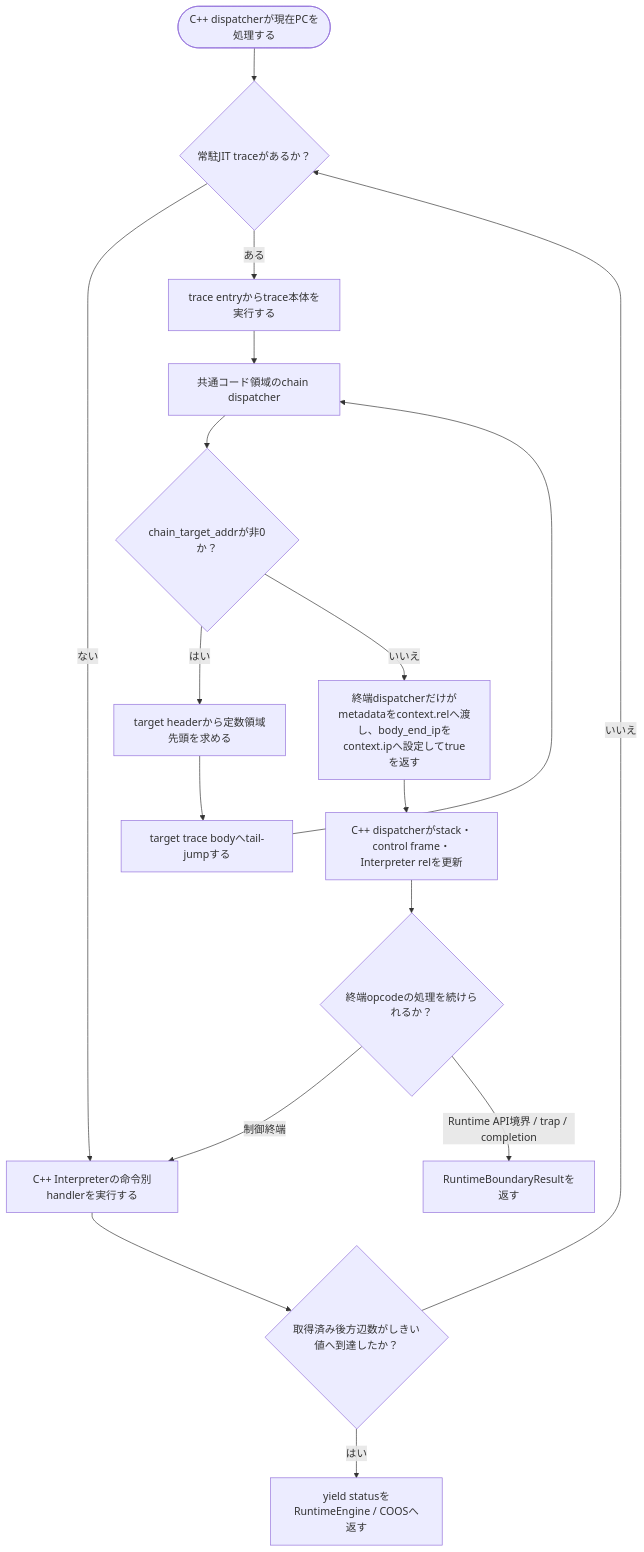
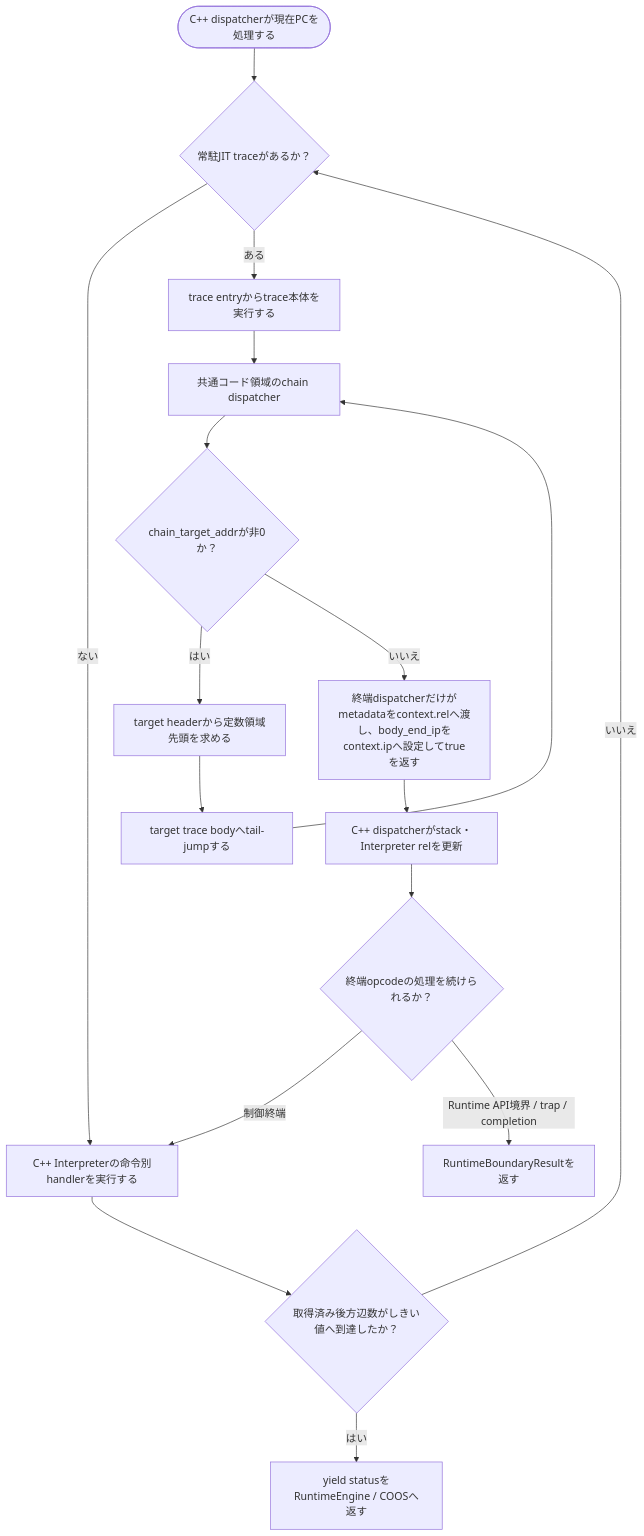
Before and after one commit to kmt-t/fireball: the sixth of 6 diagrams in docs/components/tier3_plugins/jit_runtime.md, drawn with Mermaid. The commit also changed other lines of this file and 633 other files, not shown here.

````diff
--- a/docs/components/tier3_plugins/jit_runtime.md
+++ b/docs/components/tier3_plugins/jit_runtime.md
@@ -320,19 +317,19 @@
 ```mermaid
 flowchart TD
     Start(["C++ dispatcherが現在PCを処理する"]) --> Lookup{"常駐JIT traceがあるか？"}
     Lookup -- "ない" --> Handler["C++ Interpreterの命令別handlerを実行する"]
     Lookup -- "ある" --> Entry["trace entryからtrace本体を実行する"]
     Entry --> Chain["共通コード領域のchain dispatcher"]
     Chain --> Target{"chain_target_addrが非0か？"}
     Target -- "はい" --> Rel["target headerから定数領域先頭を求める"]
     Rel --> Body["target trace bodyへtail-jumpする"]
     Body --> Chain
     Target -- "いいえ" --> Return["終端dispatcherだけがmetadataをcontext.relへ渡し、body_end_ipをcontext.ipへ設定してtrueを返す"]
-    Return --> Setup["C++ dispatcherがstack・control frame・Interpreter relを更新"]
+    Return --> Setup["C++ dispatcherがstack・Interpreter relを更新"]
     Setup --> Terminator{"終端opcodeの処理を続けられるか？"}
     Terminator -- "制御終端" --> Handler
     Terminator -- "Runtime API境界 / trap / completion" --> Boundary["RuntimeBoundaryResultを返す"]
     Handler --> Backedge{"取得済み後方辺数がしきい値へ到達したか？"}
     Backedge -- "はい" --> Yield["yield statusをRuntimeEngine / COOSへ返す"]
     Backedge -- "いいえ" --> Lookup
 ```
````
